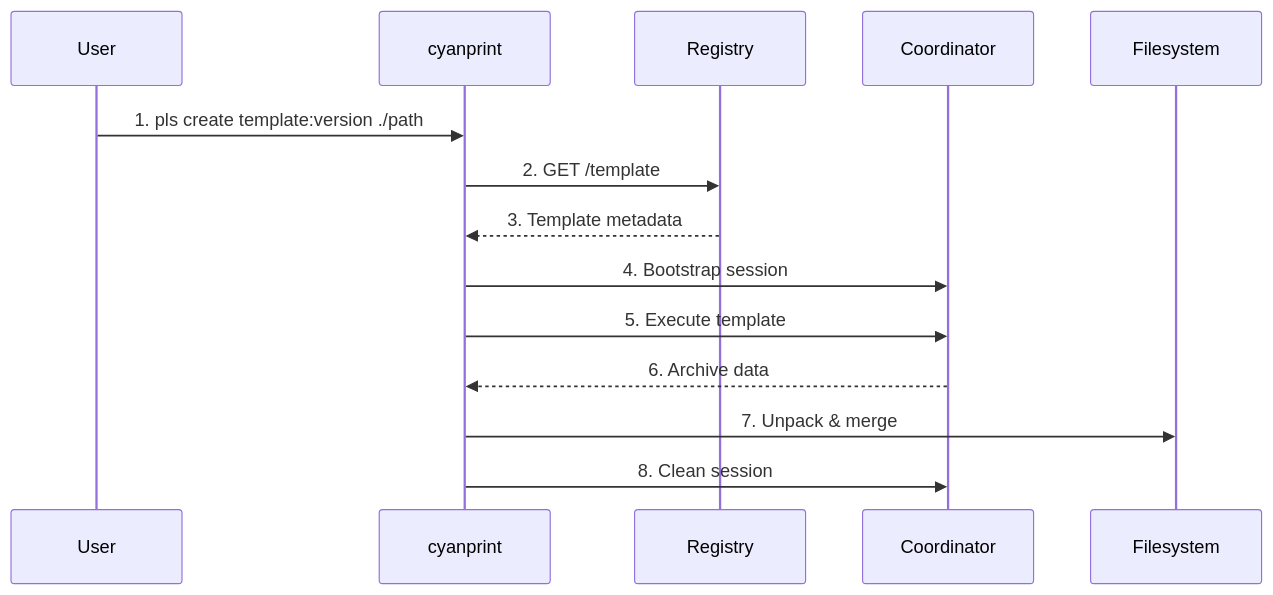
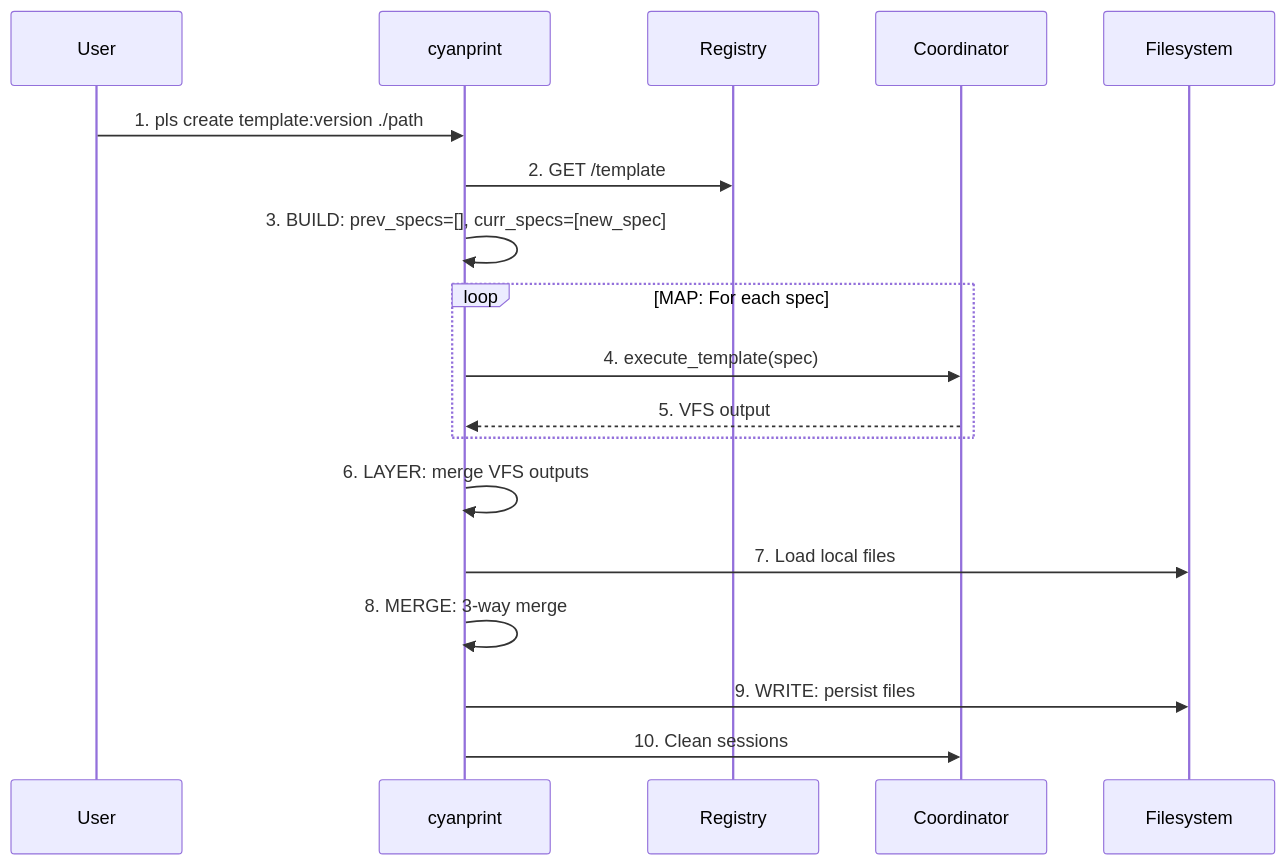
The diagram in docs/developer/surfaces/cli/02-create.md (AtomiCloud/sulfone.iridium), drawn with Mermaid before and after one commit. The commit also changed other lines of this file and 66 other files, not shown here.

````diff
--- a/docs/developer/surfaces/cli/02-create.md
+++ b/docs/developer/surfaces/cli/02-create.md
@@ -65,17 +65,21 @@
 ```mermaid
 sequenceDiagram
     participant U as User
     participant CLI as cyanprint
     participant REG as Registry
     participant COORD as Coordinator
     participant FS as Filesystem
 
     U->>CLI: 1. pls create template:version ./path
     CLI->>REG: 2. GET /template
-    REG-->>CLI: 3. Template metadata
-    CLI->>COORD: 4. Bootstrap session
-    CLI->>COORD: 5. Execute template
-    COORD-->>CLI: 6. Archive data
-    CLI->>FS: 7. Unpack & merge
-    CLI->>COORD: 8. Clean session
+    CLI->>CLI: 3. BUILD: prev_specs=[], curr_specs=[new_spec]
+    loop MAP: For each spec
+        CLI->>COORD: 4. execute_template(spec)
+        COORD-->>CLI: 5. VFS output
+    end
+    CLI->>CLI: 6. LAYER: merge VFS outputs
+    CLI->>FS: 7. Load local files
+    CLI->>CLI: 8. MERGE: 3-way merge
+    CLI->>FS: 9. WRITE: persist files
+    CLI->>COORD: 10. Clean sessions
 ```
````
